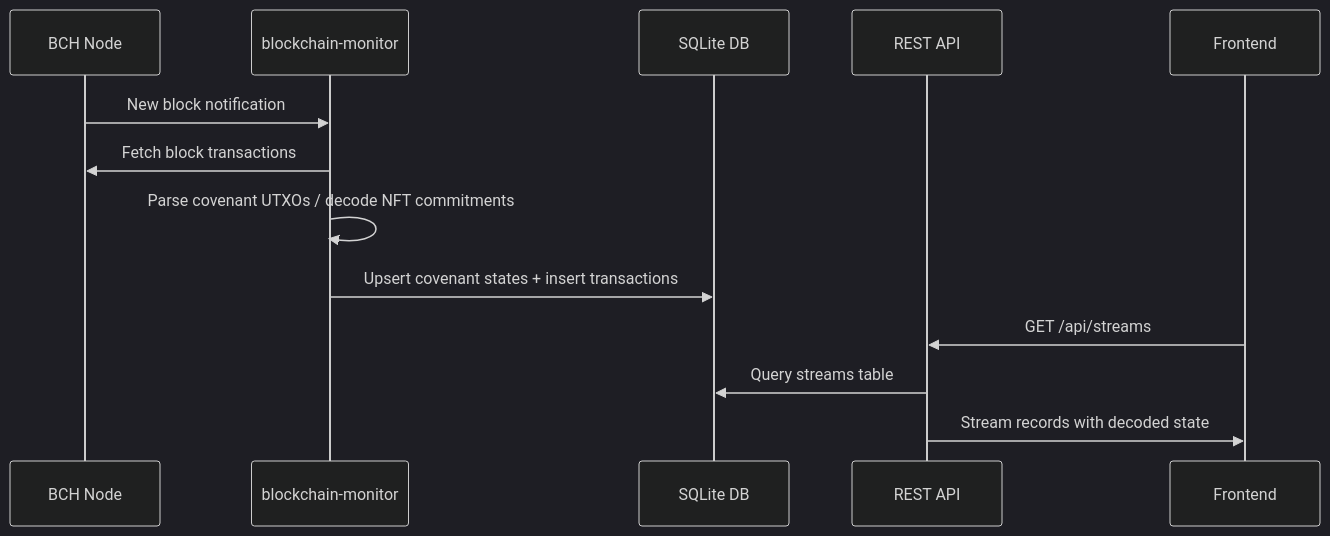
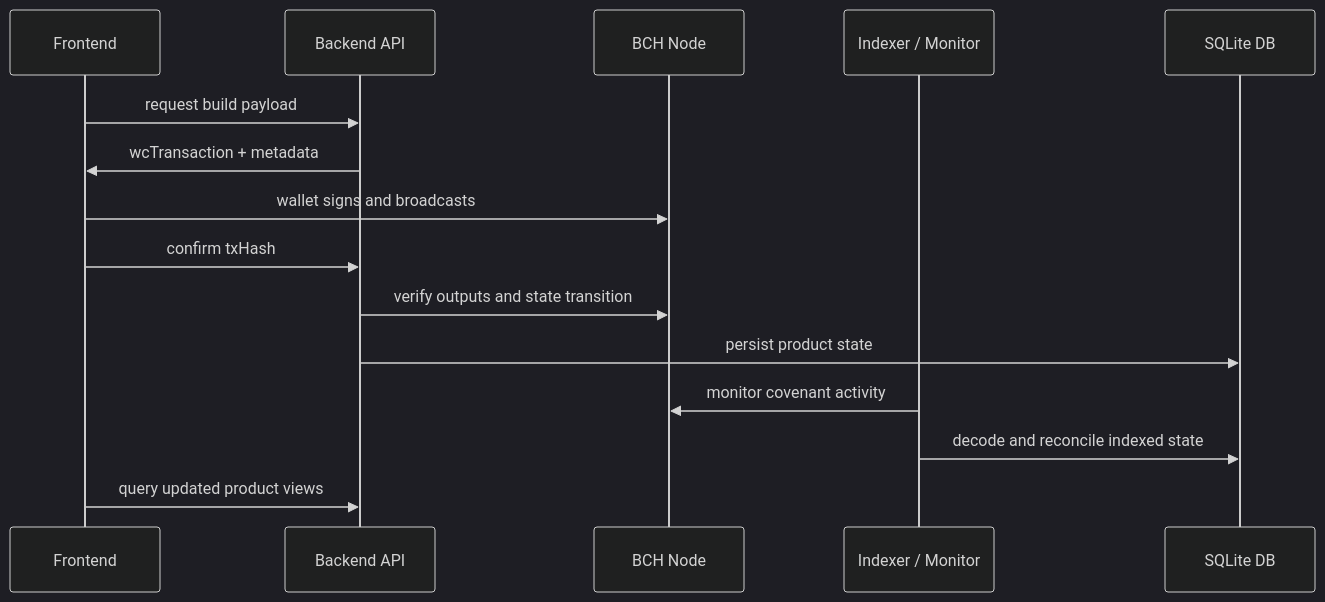
The second of 3 diagrams in docs/reference/architecture.mdx (flowguardlabs/flow-guard), drawn with Mermaid (dark theme) before and after one commit. The commit also changed other lines of this file and 44 other files, not shown here.

````diff
--- a/docs/reference/architecture.mdx
+++ b/docs/reference/architecture.mdx
@@ -82,16 +65,18 @@
 ```mermaid
 sequenceDiagram
+    participant FE as Frontend
+    participant API as Backend API
     participant BCH as BCH Node
-    participant BM as blockchain-monitor
+    participant IDX as Indexer / Monitor
     participant DB as SQLite DB
-    participant API as REST API
-    participant FE as Frontend
 
-    BCH->>BM: New block notification
-    BM->>BCH: Fetch block transactions
-    BM->>BM: Parse covenant UTXOs / decode NFT commitments
-    BM->>DB: Upsert covenant states + insert transactions
-    FE->>API: GET /api/streams
-    API->>DB: Query streams table
-    API->>FE: Stream records with decoded state
+    FE->>API: request build payload
+    API->>FE: wcTransaction + metadata
+    FE->>BCH: wallet signs and broadcasts
+    FE->>API: confirm txHash
+    API->>BCH: verify outputs and state transition
+    API->>DB: persist product state
+    IDX->>BCH: monitor covenant activity
+    IDX->>DB: decode and reconcile indexed state
+    FE->>API: query updated product views
 ```
````
